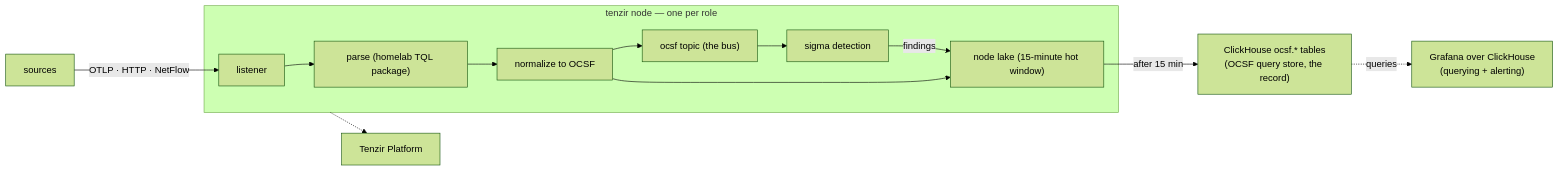
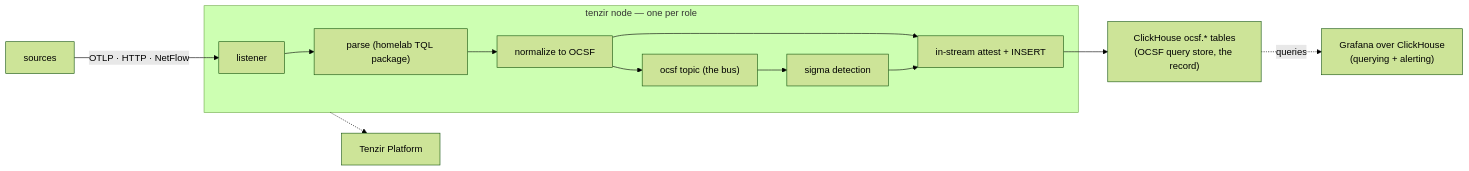
One commit to Apocrathia/homelab changed the diagram in flux/manifests/04-apps/security/tenzir/README.md. Above: the diagram before and after it, drawn with Mermaid (forest theme). The commit also changed other lines of this file and 2 other files, not shown here.

First line of the commit message:
docs(tenzir): reconcile the lake story to the stateless migration

````diff
--- a/flux/manifests/04-apps/security/tenzir/README.md
+++ b/flux/manifests/04-apps/security/tenzir/README.md
@@ -63,17 +65,17 @@
 ```mermaid
 flowchart LR
     SRC["sources"] -->|"OTLP · HTTP · NetFlow"| IN[listener]
 
     subgraph NODE["tenzir node — one per role"]
         IN --> PARSE["parse (homelab TQL package)"]
         PARSE --> OCSF["normalize to OCSF"]
         OCSF --> BUS["ocsf topic (the bus)"]
         BUS --> SIGMA["sigma detection"]
-        SIGMA -->|"findings"| LAKE["node lake (15-minute hot window)"]
-        OCSF --> LAKE
+        OCSF --> WRITE["in-stream attest + INSERT"]
+        SIGMA --> WRITE
     end
 
-    LAKE -->|"after 15 min"| CH["ClickHouse ocsf.* tables<br/>(OCSF query store, the record)"]
+    WRITE --> CH["ClickHouse ocsf.* tables<br/>(OCSF query store, the record)"]
     CH -.->|"queries"| GRAF["Grafana over ClickHouse<br/>(querying + alerting)"]
     NODE -.-> PLAT["Tenzir Platform"]
 ```
````
